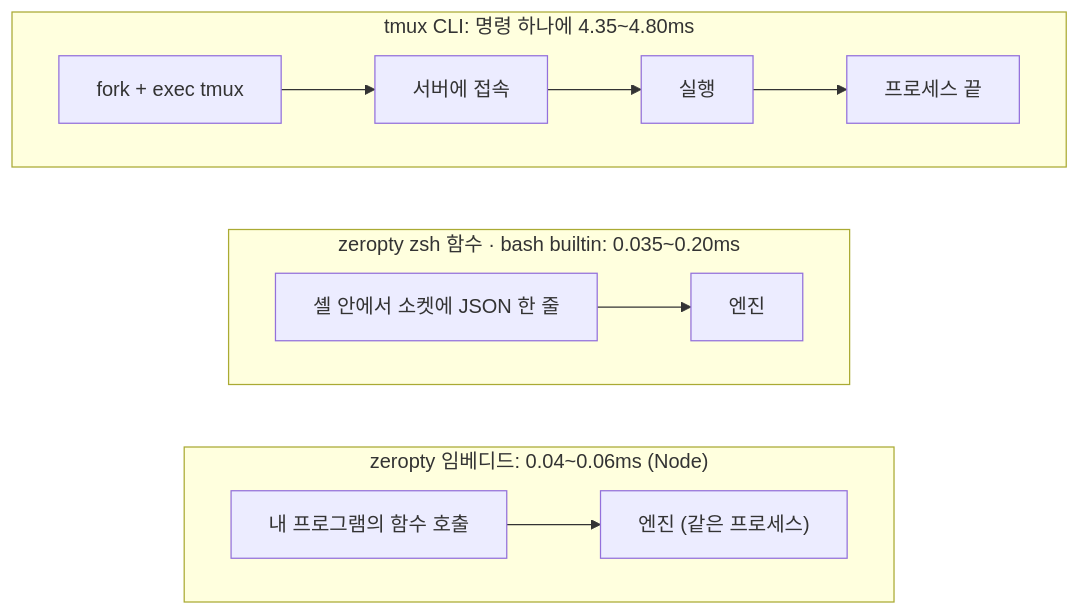
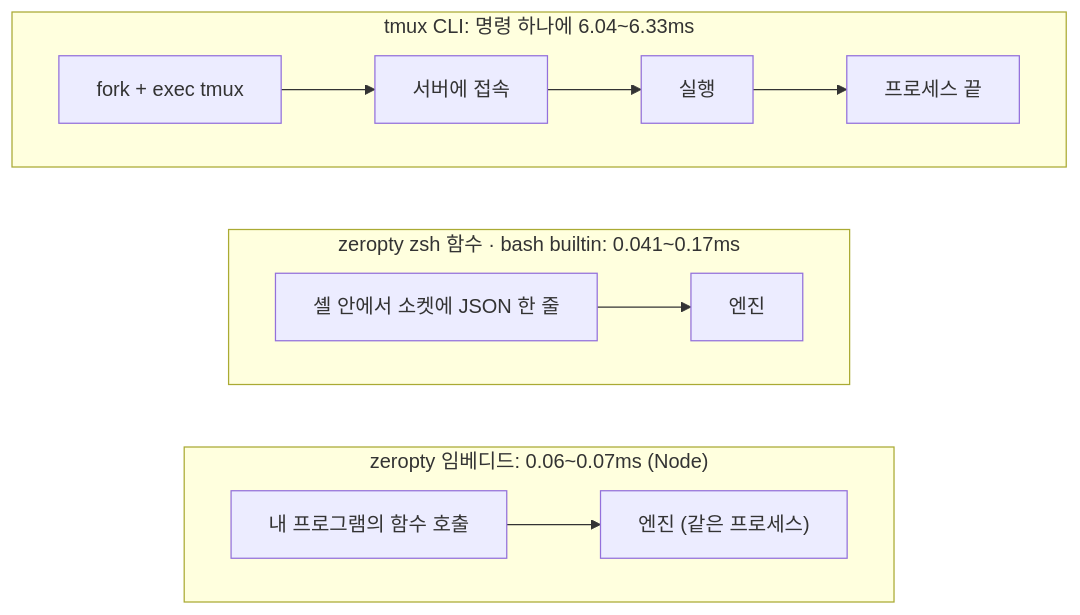
Before and after one commit to CreatiCoding/zeropty: the fifth of 5 diagrams in docs/ko/DESIGN.md, drawn with Mermaid. The commit also changed other lines of this file and 35 other files, not shown here.

````diff
--- a/docs/ko/DESIGN.md
+++ b/docs/ko/DESIGN.md
@@ -162,16 +162,16 @@
 ```mermaid
 flowchart TB
-  subgraph tmux["tmux CLI: 명령 하나에 4.35~4.80ms"]
+  subgraph tmux["tmux CLI: 명령 하나에 6.04~6.33ms"]
     direction LR
     t1["fork + exec tmux"] --> t2["서버에 접속"] --> t3["실행"] --> t4["프로세스 끝"]
   end
-  subgraph zsh["zeropty zsh 함수 · bash builtin: 0.035~0.20ms"]
+  subgraph zsh["zeropty zsh 함수 · bash builtin: 0.041~0.17ms"]
     direction LR
     z1["셸 안에서 소켓에 JSON 한 줄"] --> z2["엔진"]
   end
-  subgraph emb["zeropty 임베디드: 0.04~0.06ms (Node)"]
+  subgraph emb["zeropty 임베디드: 0.06~0.07ms (Node)"]
     direction LR
     e1["내 프로그램의 함수 호출"] --> e2["엔진 (같은 프로세스)"]
   end
   tmux ~~~ zsh ~~~ emb
 ```
````
